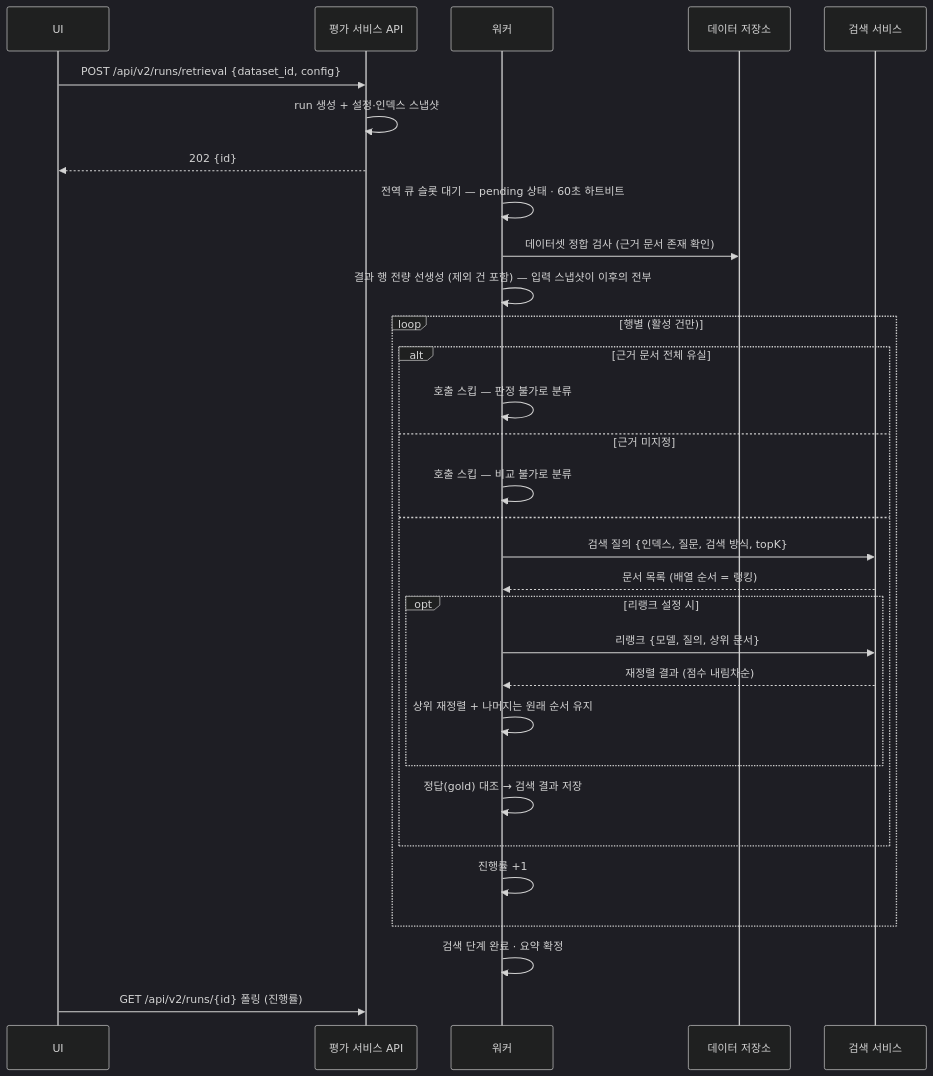
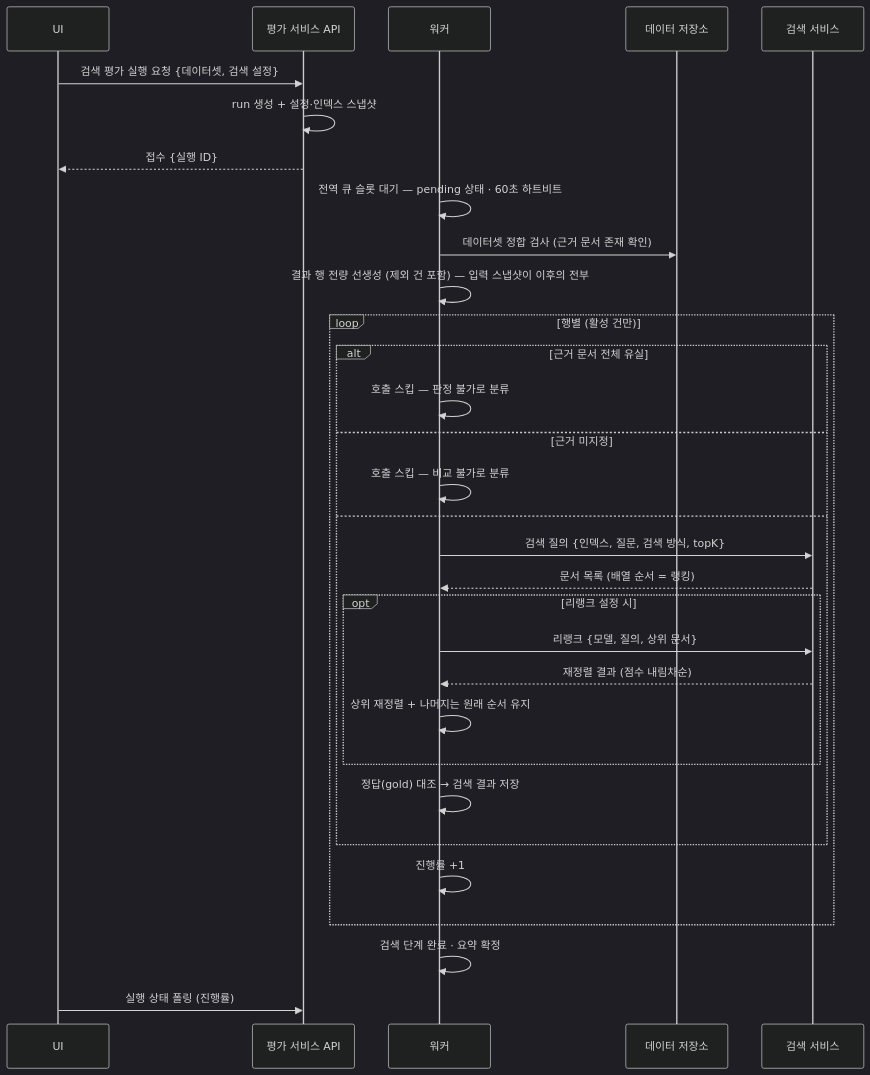
The diagram in public/architecture/evaluator/retrieval-run.mmd (comsa33/porfolio-site), drawn with Mermaid (dark theme) before and after one commit. The commit also changed 14 other files, not shown here.

First line of the commit message:
feat: harness architecture diagrams; strip internal API paths from diagrams

```diff
--- a/public/architecture/evaluator/retrieval-run.mmd
+++ b/public/architecture/evaluator/retrieval-run.mmd
@@ -1,31 +1,31 @@
 sequenceDiagram
     participant UI
     participant API as 평가 서비스 API
     participant W as 워커
     participant DS as 데이터 저장소
     participant RT as 검색 서비스
-    UI->>API: POST /api/v2/runs/retrieval {dataset_id, config}
+    UI->>API: 검색 평가 실행 요청 {데이터셋, 검색 설정}
     API->>API: run 생성 + 설정·인덱스 스냅샷
-    API-->>UI: 202 {id}
+    API-->>UI: 접수 {실행 ID}
     W->>W: 전역 큐 슬롯 대기 — pending 상태 · 60초 하트비트
     W->>DS: 데이터셋 정합 검사 (근거 문서 존재 확인)
     W->>W: 결과 행 전량 선생성 (제외 건 포함) — 입력 스냅샷이 이후의 전부
     loop 행별 (활성 건만)
         alt 근거 문서 전체 유실
             W->>W: 호출 스킵 — 판정 불가로 분류
         else 근거 미지정
             W->>W: 호출 스킵 — 비교 불가로 분류
         else
             W->>RT: 검색 질의 {인덱스, 질문, 검색 방식, topK}
             RT-->>W: 문서 목록 (배열 순서 = 랭킹)
             opt 리랭크 설정 시
                 W->>RT: 리랭크 {모델, 질의, 상위 문서}
                 RT-->>W: 재정렬 결과 (점수 내림차순)
                 W->>W: 상위 재정렬 + 나머지는 원래 순서 유지
             end
             W->>W: 정답(gold) 대조 → 검색 결과 저장
         end
         W->>W: 진행률 +1
     end
     W->>W: 검색 단계 완료 · 요약 확정
-    UI->>API: GET /api/v2/runs/{id} 폴링 (진행률)
+    UI->>API: 실행 상태 폴링 (진행률)
```
